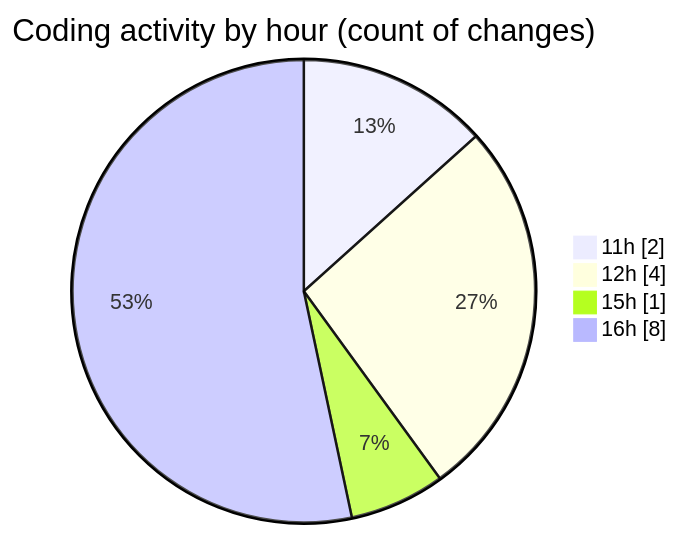
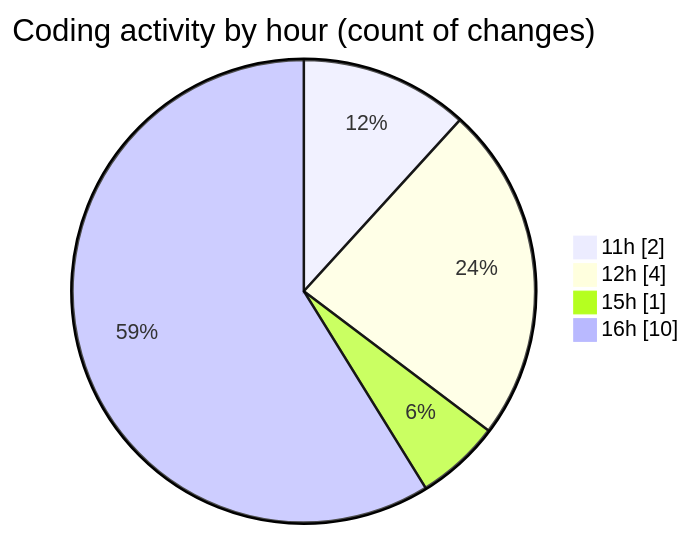
Before and after one commit to ricardozamudiocil/code-tracking: the second of 2 diagrams in 2026-10-15/cilapp/README.md, drawn with Mermaid. The commit also changed other lines of this file and 1 other file, not shown here.

````diff
--- a/2026-10-15/cilapp/README.md
+++ b/2026-10-15/cilapp/README.md
@@ -33,8 +33,8 @@
 ```mermaid
 pie showData
 title Coding activity by hour (count of changes)
 "11h" : 2
 "12h" : 4
 "15h" : 1
-"16h" : 8
+"16h" : 10
 ```
````
